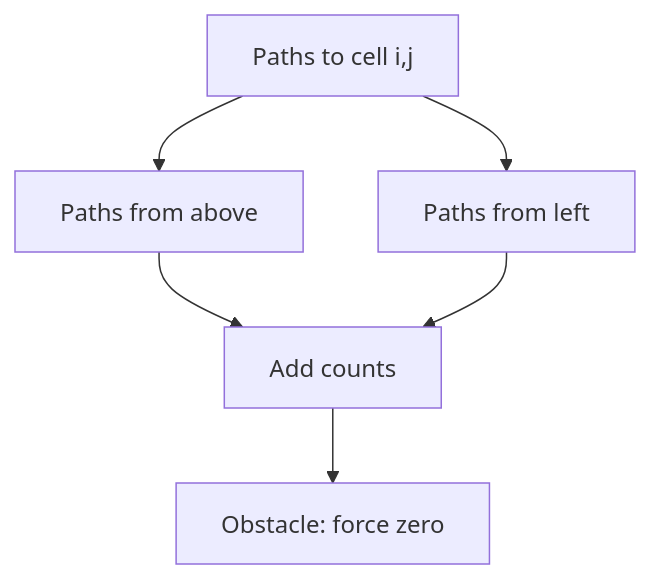
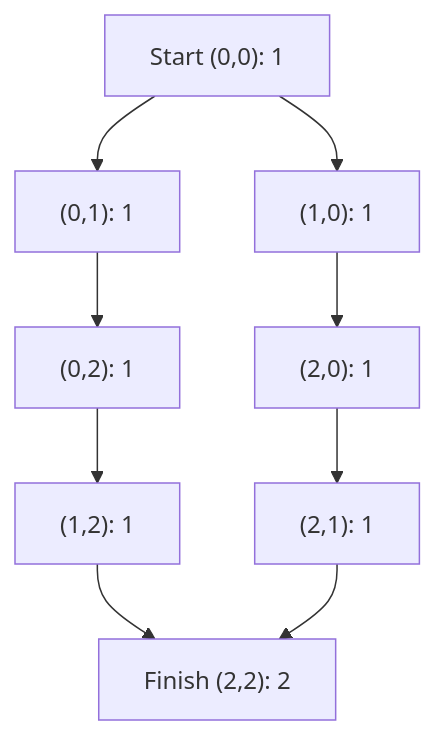
Before and after one commit to gaurav1kr/Miscellaneous: the diagram in DSA/DP/DP_Mathematics_Master_Guide_Illustrated/Theory/Chapter-03.md, drawn with Mermaid. The commit also changed other lines of this file and 320 other files, not shown here.

````diff
--- a/DSA/DP/DP_Mathematics_Master_Guide_Illustrated/Theory/Chapter-03.md
+++ b/DSA/DP/DP_Mathematics_Master_Guide_Illustrated/Theory/Chapter-03.md
@@ -17,8 +25,11 @@
 ```mermaid
 flowchart TD
- A["Paths to cell i,j"] --> B["Paths from above"]
- A --> C["Paths from left"]
- B --> D["Add counts"]
- C --> D
- D --> E["Obstacle: force zero"]
+ A["Start (0,0): 1"] --> B["(0,1): 1"]
+ A --> C["(1,0): 1"]
+ B --> D["(0,2): 1"]
+ C --> E["(2,0): 1"]
+ D --> F["(1,2): 1"]
+ E --> G["(2,1): 1"]
+ F --> H["Finish (2,2): 2"]
+ G --> H
 ```
````
